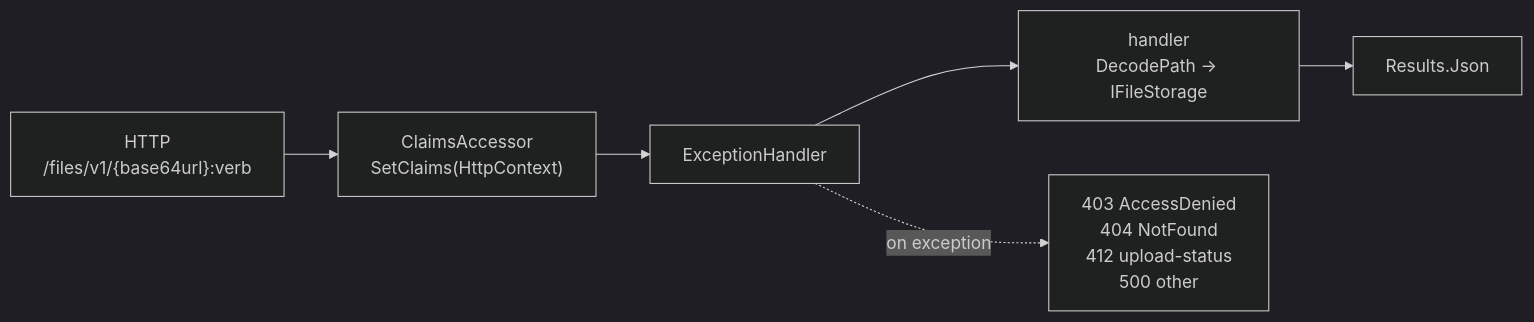
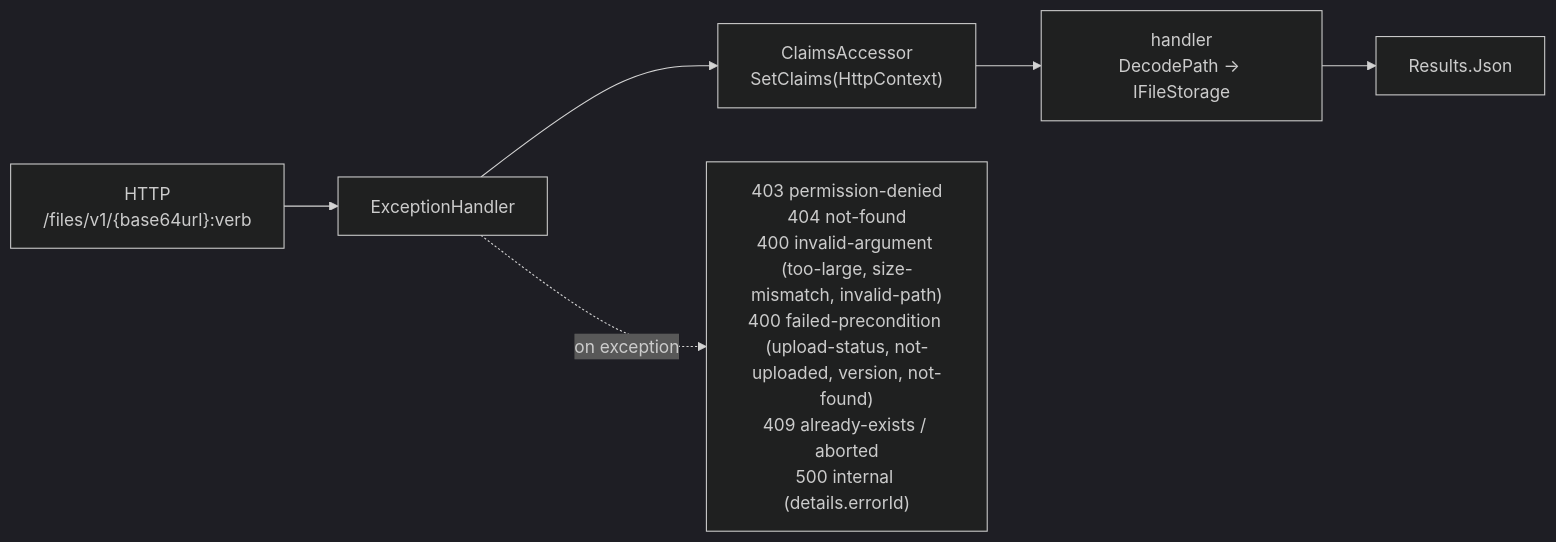
Before and after one commit to FlameOfUdun/winche-storage: the third of 6 diagrams in README.md, drawn with Mermaid (dark theme). The commit also changed other lines of this file and 46 other files, not shown here.

````diff
--- a/README.md
+++ b/README.md
@@ -199,8 +209,8 @@
 ```mermaid
 flowchart LR
-    Req["HTTP<br/>/files/v1/{base64url}:verb"] --> CA["ClaimsAccessor<br/>SetClaims(HttpContext)"]
-    CA --> EH["ExceptionHandler"]
-    EH --> Handler["handler<br/>DecodePath → IFileStorage"]
+    Req["HTTP<br/>/files/v1/{base64url}:verb"] --> EH["ExceptionHandler"]
+    EH --> CA["ClaimsAccessor<br/>SetClaims(HttpContext)"]
+    CA --> Handler["handler<br/>DecodePath → IFileStorage"]
     Handler --> Ok["Results.Json"]
-    EH -. on exception .-> Err["403 AccessDenied<br/>404 NotFound<br/>412 upload-status<br/>500 other"]
+    EH -. on exception .-> Err["403 permission-denied<br/>404 not-found<br/>400 invalid-argument (too-large, size-mismatch, invalid-path)<br/>400 failed-precondition (upload-status, not-uploaded, version, not-found)<br/>409 already-exists / aborted<br/>500 internal (details.errorId)"]
 ```
````
